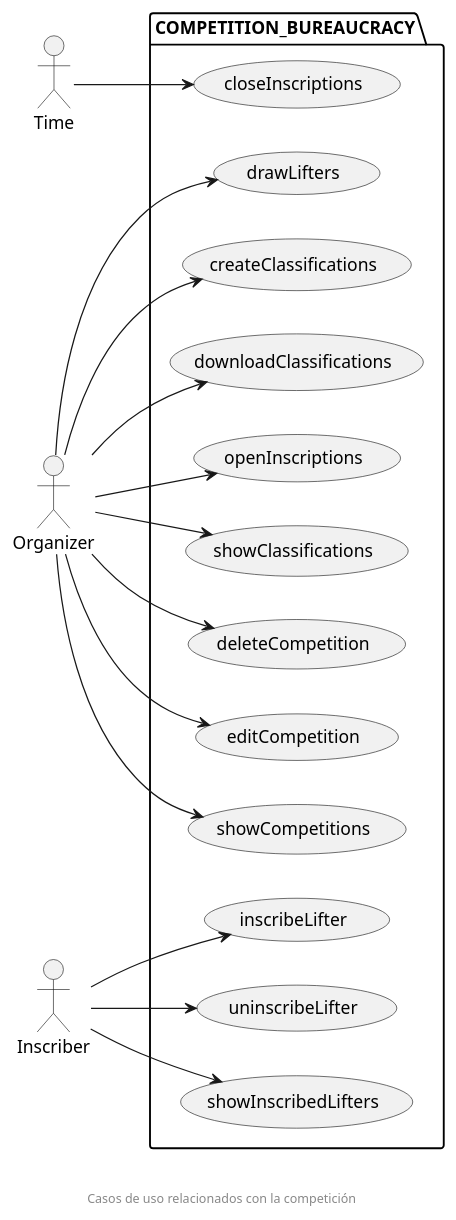
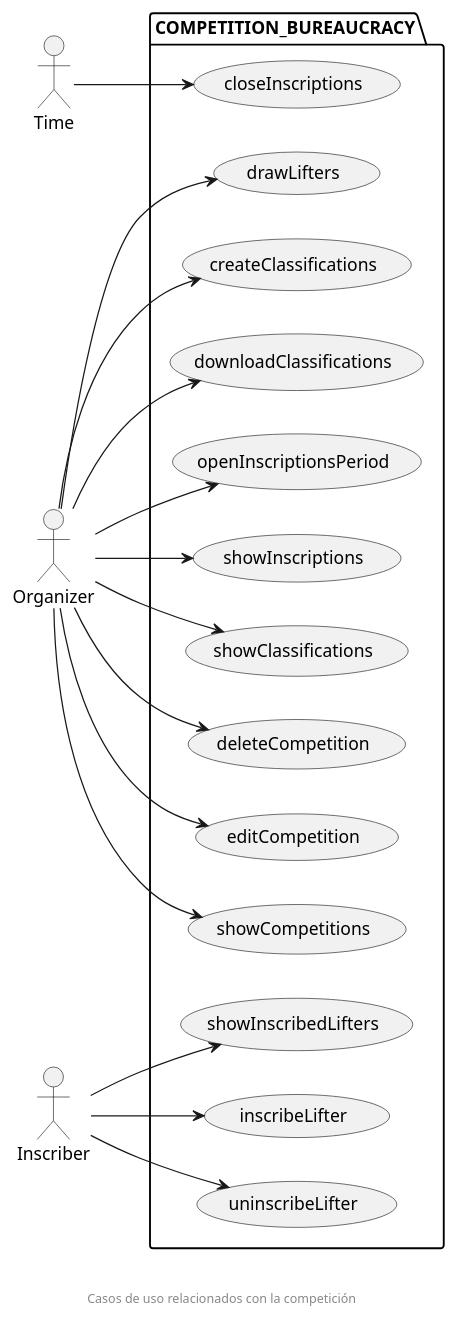
The diagram in diagrams/usecases/competitionBureaucracy.puml (zuldare/mastercloud_pfm_halterocms), drawn with PlantUML before and after one commit. The commit also changed 9 other files, not shown here.

```diff
--- a/diagrams/usecases/competitionBureaucracy.puml
+++ b/diagrams/usecases/competitionBureaucracy.puml
@@ -1,37 +1,39 @@
 @startuml
 left to right direction
 
 package COMPETITION_BUREAUCRACY {
- usecase openInscriptions
+ usecase openInscriptionsPeriod
+ usecase showInscriptions
  usecase closeInscriptions
 
  usecase deleteCompetition
  usecase editCompetition
  usecase showCompetitions
 
  usecase drawLifters
  usecase inscribeLifter
  usecase uninscribeLifter
  usecase showInscribedLifters
 
  usecase createClassifications
  usecase downloadClassifications
  usecase showClassifications
 }
 
 Time --> closeInscriptions
-Organizer --> openInscriptions
+Organizer --> openInscriptionsPeriod
+Organizer --> showInscriptions
 Organizer --> drawLifters
 Organizer --> deleteCompetition
 Organizer --> editCompetition
 Organizer --> showCompetitions
 Organizer --> createClassifications
 Organizer --> showClassifications
 Organizer --> downloadClassifications
 
 Inscriber --> inscribeLifter
 Inscriber --> uninscribeLifter
 Inscriber --> showInscribedLifters
 
 footer \n\n Casos de uso relacionados con la competición
 @enduml
```
